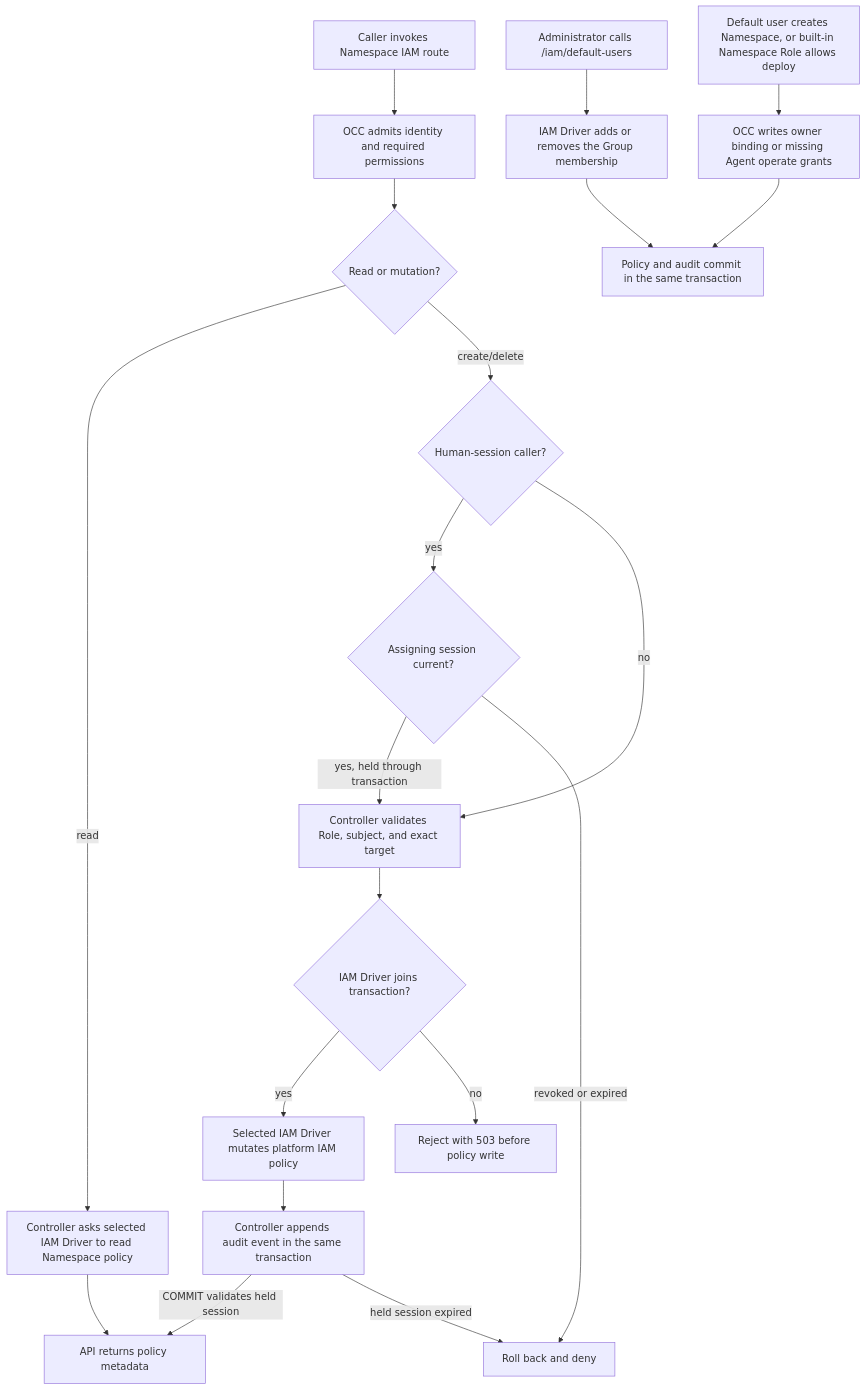
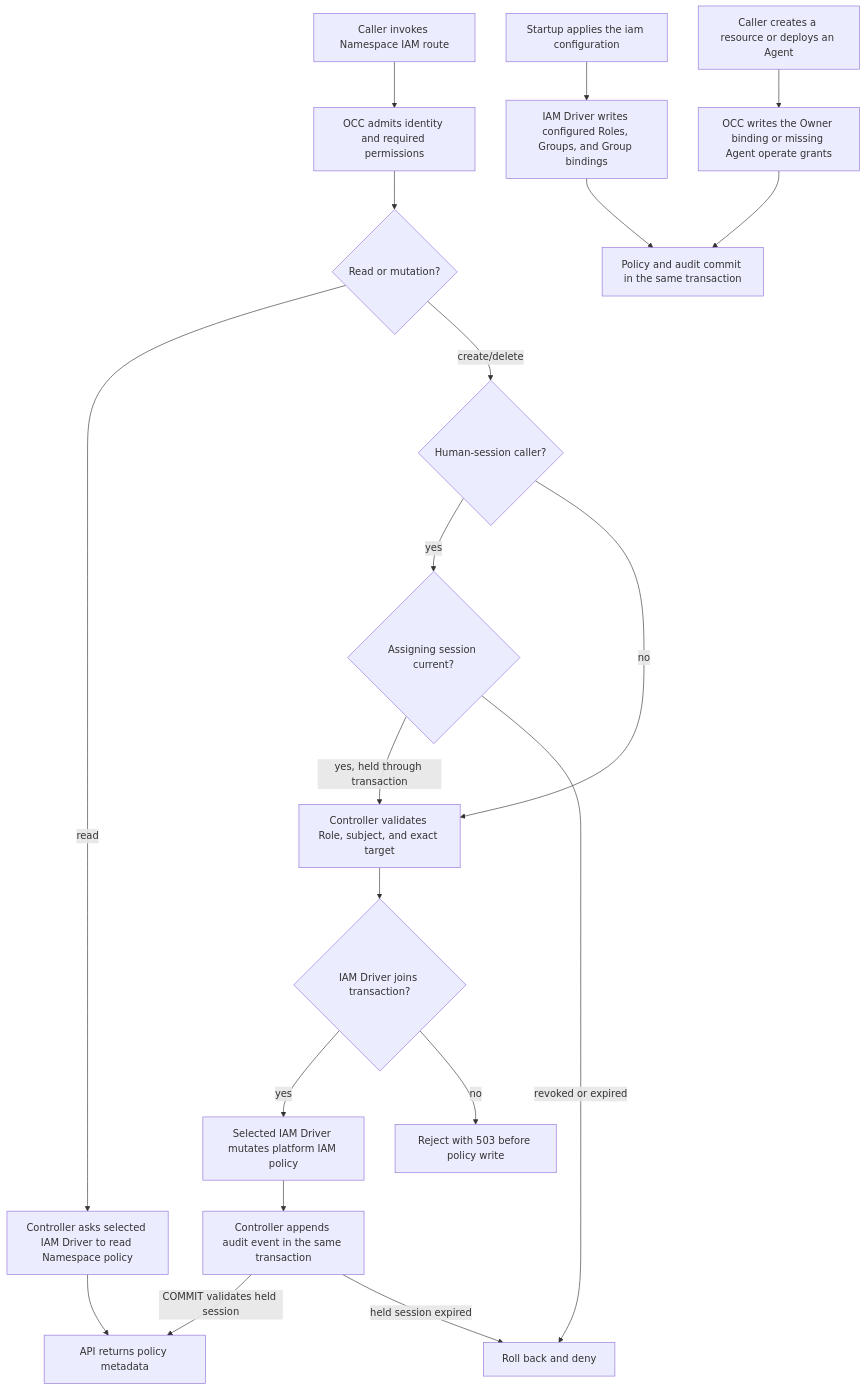
Before and after one commit to openclaw/openclaw-enterprise: the diagram in docs/flows/namespace-iam-policy.md, drawn with Mermaid. The commit also changed other lines of this file and 49 other files, not shown here.

First line of the commit message:
feat(iam): declare Default users Roles and Groups in the Installation configuration

````diff
--- a/docs/flows/namespace-iam-policy.md
+++ b/docs/flows/namespace-iam-policy.md
@@ -35,22 +35,22 @@
 ```mermaid
 graph TD
   A["Caller invokes Namespace IAM route"] --> B["OCC admits identity and required permissions"]
   B --> C{"Read or mutation?"}
   C -->|read| D["Controller asks selected IAM Driver to read Namespace policy"]
   C -->|create/delete| S{"Human-session caller?"}
   S -->|yes| L{"Assigning session current?"}
   L -->|yes, held through transaction| E["Controller validates Role, subject, and exact target"]
   L -->|revoked or expired| X["Roll back and deny"]
   S -->|no| E
   E --> T{"IAM Driver joins transaction?"}
   T -->|yes| F["Selected IAM Driver mutates platform IAM policy"]
   T -->|no| U["Reject with 503 before policy write"]
   F --> G["Controller appends audit event in the same transaction"]
   D --> H["API returns policy metadata"]
   G -->|COMMIT validates held session| H
   G -->|held session expired| X
-  M["Administrator calls /iam/default-users"] --> P["IAM Driver adds or removes the Group membership"]
-  N["Default user creates Namespace, or built-in Namespace Role allows deploy"] --> O["OCC writes owner binding or missing Agent operate grants"]
+  M["Startup applies the iam configuration"] --> P["IAM Driver writes configured Roles, Groups, and Group bindings"]
+  N["Caller creates a resource or deploys an Agent"] --> O["OCC writes the Owner binding or missing Agent operate grants"]
   P --> Q["Policy and audit commit in the same transaction"]
   O --> Q
 ```
````
